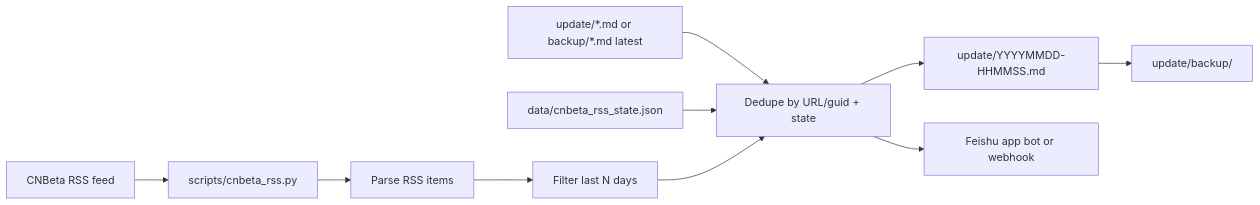
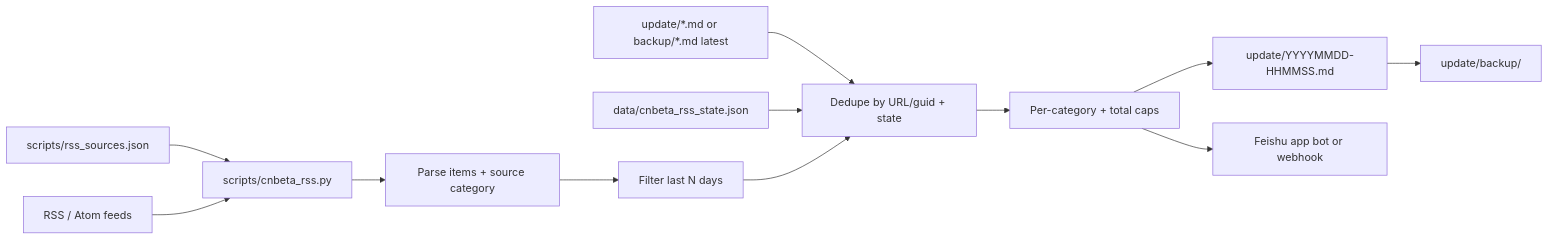
One commit to zjk1984/new-movie-tracker-skill changed the diagram in docs/project-context.md. Above: the diagram before and after it, drawn with Mermaid. The commit also changed other lines of this file and 5 other files, not shown here.

First line of the commit message:
feat(rss): multi-source category aggregator with Feishu grouping

````diff
--- a/docs/project-context.md
+++ b/docs/project-context.md
@@ -9,12 +9,14 @@
 ```mermaid
 flowchart LR
-  RSS[CNBeta RSS feed] --> Fetch[scripts/cnbeta_rss.py]
-  Fetch --> Parse[Parse RSS items]
+  JSON[scripts/rss_sources.json] --> Fetch[scripts/cnbeta_rss.py]
+  RSS[RSS / Atom feeds] --> Fetch
+  Fetch --> Parse[Parse items + source category]
   Prev[update/*.md or backup/*.md latest] --> Dedupe[Dedupe by URL/guid + state]
   State[data/cnbeta_rss_state.json] --> Dedupe
   Parse --> Window[Filter last N days]
   Window --> Dedupe
-  Dedupe --> Update[update/YYYYMMDD-HHMMSS.md]
-  Dedupe --> Feishu[Feishu app bot or webhook]
+  Dedupe --> Limit[Per-category + total caps]
+  Limit --> Update[update/YYYYMMDD-HHMMSS.md]
+  Limit --> Feishu[Feishu app bot or webhook]
   Update --> Backup[update/backup/]
 ```
````
